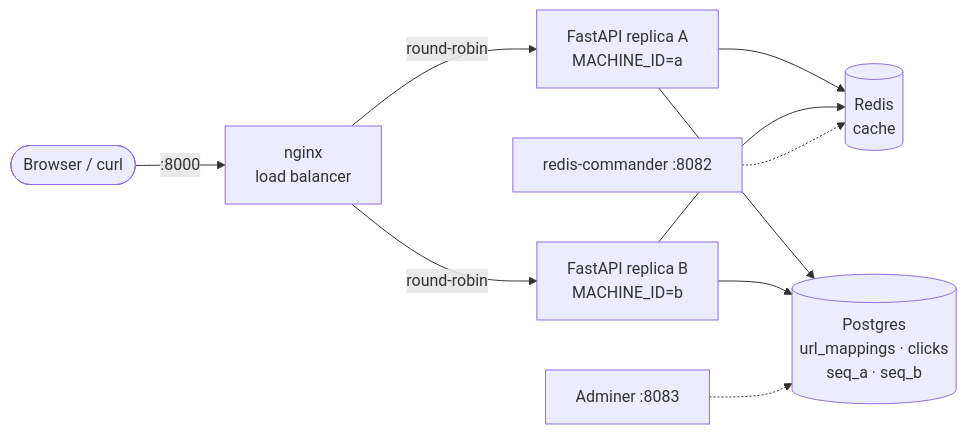
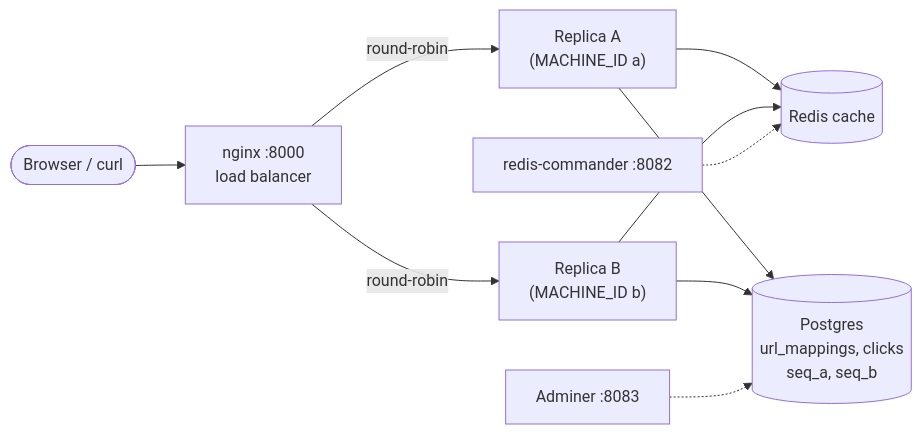
The first of 3 diagrams in README.md (gordonw1271/url-shortener), drawn with Mermaid before and after one commit. The commit also changed 2 other files, not shown here.

Commit message:
bug fixes

````diff
--- a/README.md
+++ b/README.md
@@ -24,16 +24,21 @@
 ```mermaid
 flowchart LR
-    Client([Browser / curl])
-    Client -->|:8000| Nginx[nginx<br/>load balancer]
+    Client(["Browser / curl"])
+    Nginx["nginx :8000<br/>load balancer"]
+    AppA["Replica A<br/>(MACHINE_ID a)"]
+    AppB["Replica B<br/>(MACHINE_ID b)"]
+    Redis[("Redis cache")]
+    PG[("Postgres<br/>url_mappings, clicks<br/>seq_a, seq_b")]
+    Adminer["Adminer :8083"]
+    RC["redis-commander :8082"]
 
-    Nginx -->|round-robin| AppA[FastAPI replica A<br/>MACHINE_ID=a]
-    Nginx -->|round-robin| AppB[FastAPI replica B<br/>MACHINE_ID=b]
-
-    AppA --> Redis[(Redis<br/>cache)]
+    Client --> Nginx
+    Nginx -->|round-robin| AppA
+    Nginx -->|round-robin| AppB
+    AppA --> Redis
     AppB --> Redis
-    AppA --> PG[(Postgres<br/>url_mappings · clicks<br/>seq_a · seq_b)]
+    AppA --> PG
     AppB --> PG
-
-    Adminer[Adminer :8083] -.-> PG
-    RC[redis-commander :8082] -.-> Redis
+    Adminer -.-> PG
+    RC -.-> Redis
 ```
````
